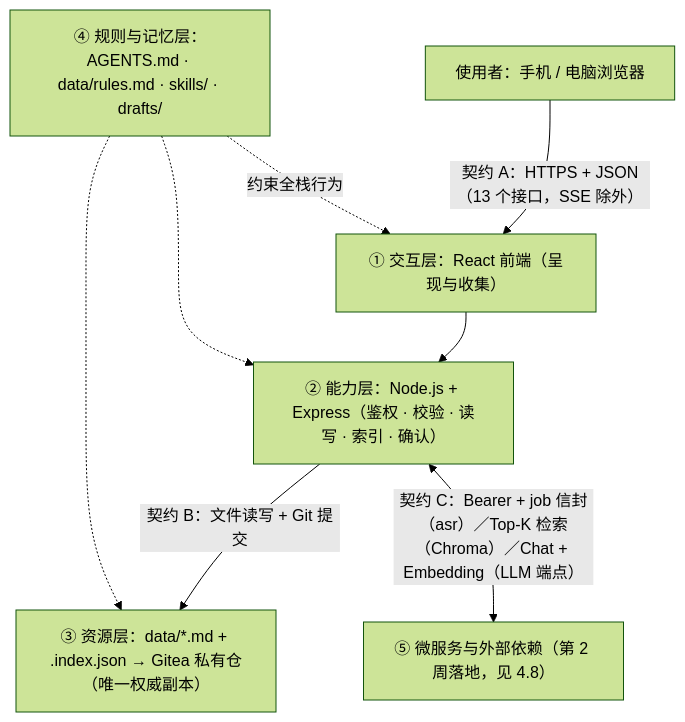
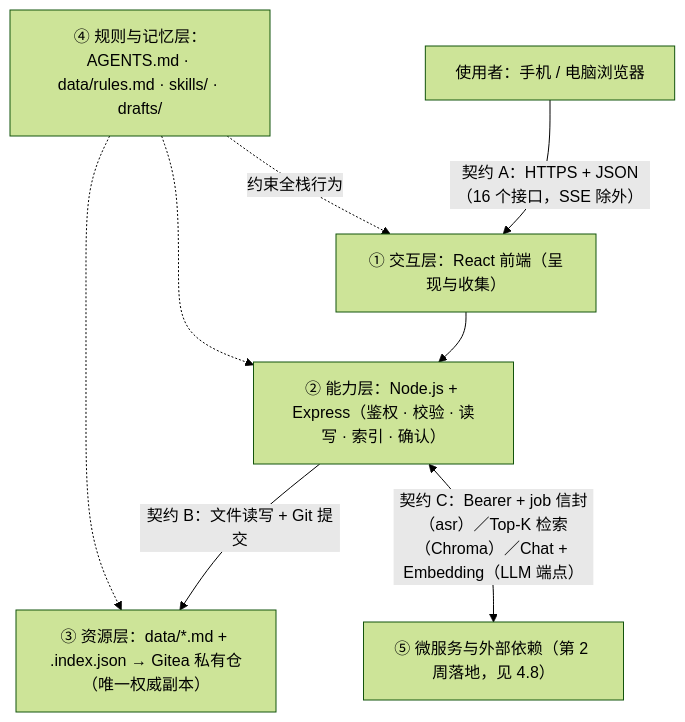
One commit to XingHo-VibeCoding/vbcd changed the eighth of 8 diagrams in TECH_DESIGN.md. Above: the diagram before and after it, drawn with Mermaid (forest theme). The commit also changed other lines of this file and 5 other files, not shown here.

````diff
--- a/TECH_DESIGN.md
+++ b/TECH_DESIGN.md
@@ -206,10 +207,10 @@
 ```mermaid
 flowchart TB
-    U["使用者：手机 / 电脑浏览器"] -->|"契约 A：HTTPS + JSON（13 个接口，SSE 除外）"| A["① 交互层：React 前端（呈现与收集）"]
+    U["使用者：手机 / 电脑浏览器"] -->|"契约 A：HTTPS + JSON（16 个接口，SSE 除外）"| A["① 交互层：React 前端（呈现与收集）"]
     A --> B["② 能力层：Node.js + Express（鉴权 · 校验 · 读写 · 索引 · 确认）"]
     B -->|"契约 B：文件读写 + Git 提交"| C["③ 资源层：data/*.md + .index.json → Gitea 私有仓（唯一权威副本）"]
     B <-->|"契约 C：Bearer + job 信封（asr）／Top-K 检索（Chroma）／Chat + Embedding（LLM 端点）"| E["⑤ 微服务与外部依赖（第 2 周落地，见 4.8）"]
     D["④ 规则与记忆层：AGENTS.md · data/rules.md · skills/ · drafts/"] -.->|"约束全栈行为"| A
     D -.-> B
     D -.-> C
 ```
````
